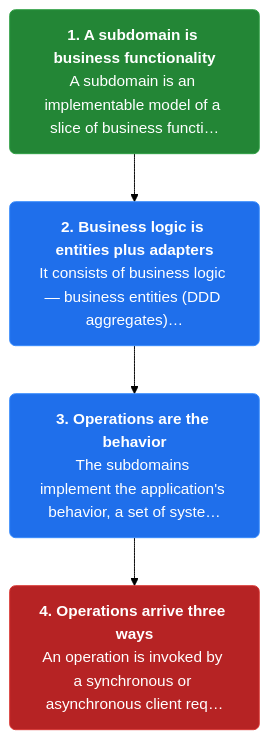
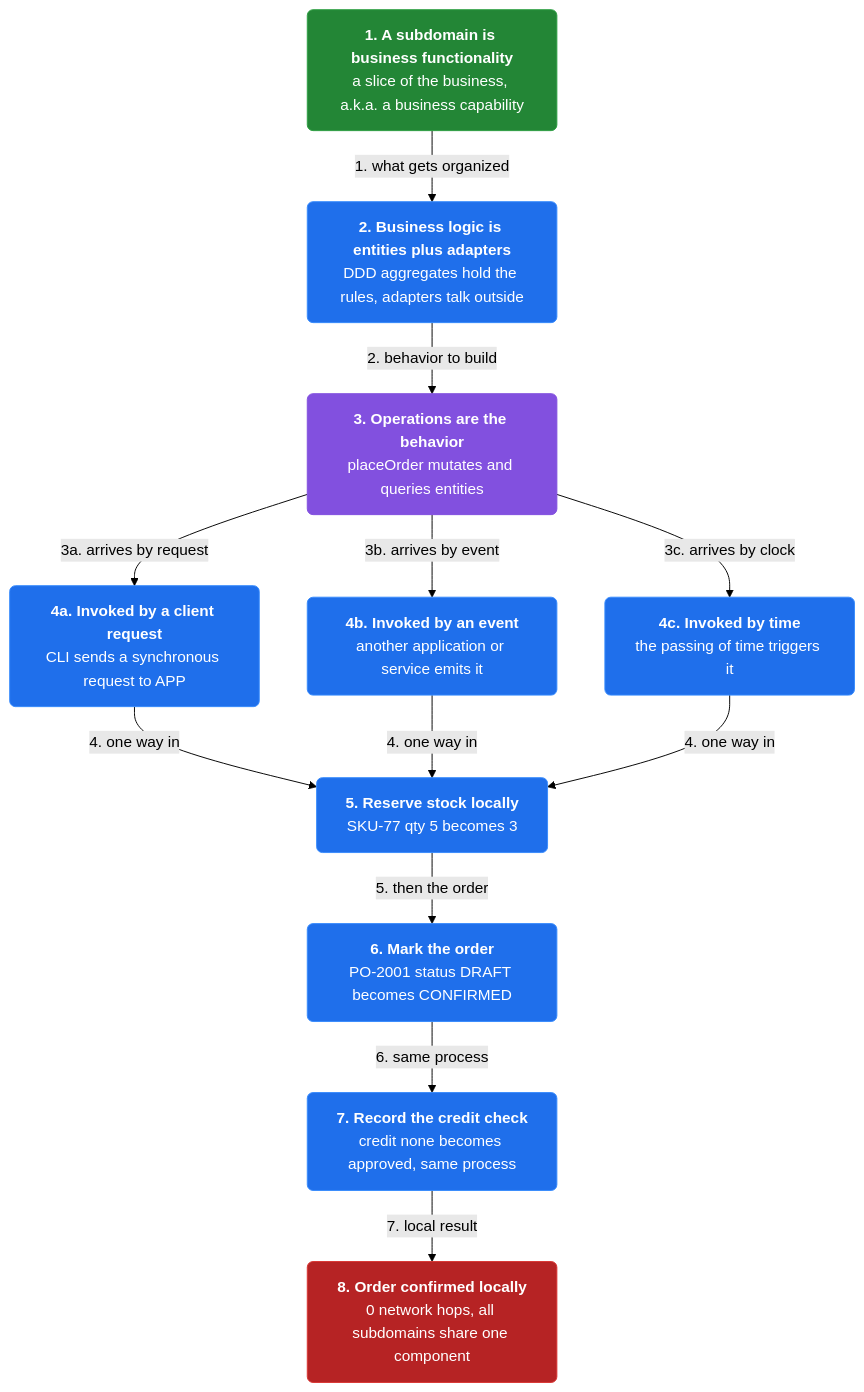
One commit to vinayakuber/microservices-io-study-guide changed the first of 4 diagrams in docs/ch01-monolithic-architecture.md. Above: the diagram before and after it, drawn with Mermaid (forest theme). The commit also changed other lines of this file and 46 other files, not shown here.

First line of the commit message:
Author rich branching flow diagrams for all 44 chapters

````diff
--- a/docs/ch01-monolithic-architecture.md
+++ b/docs/ch01-monolithic-architecture.md
@@ -13,13 +13,29 @@
 ```mermaid
 flowchart TD
-  classDef step fill:#1f6feb,color:#ffffff,stroke:#388bfd,stroke-width:1px,rx:6
+  classDef step fill:#1f6feb,color:#ffffff,stroke:#388bfd,rx:6
+  classDef core fill:#8250df,color:#ffffff,stroke:#8250df,rx:6
+  classDef warn fill:#d29922,color:#ffffff,stroke:#d29922,rx:6
   classDef start fill:#238636,color:#ffffff,stroke:#2ea043,rx:6
   classDef stop fill:#b62324,color:#ffffff,stroke:#da3633,rx:6
-  s0n0["<b>1. A subdomain is business functionality</b><br/>A subdomain is an implementable model of a slice of business functi…"]:::start
-  s0n1["<b>2. Business logic is entities plus adapters</b><br/>It consists of business logic — business entities (DDD aggregates)…"]:::step
-  s0n2["<b>3. Operations are the behavior</b><br/>The subdomains implement the application's behavior, a set of syste…"]:::step
-  s0n3["<b>4. Operations arrive three ways</b><br/>An operation is invoked by a synchronous or asynchronous client req…"]:::stop
-  s0n0 --> s0n1
-  s0n1 --> s0n2
-  s0n2 --> s0n3
+  n0["<b>1. A subdomain is business functionality</b><br/>a slice of the business, a.k.a. a business capability"]:::start
+  n1["<b>2. Business logic is entities plus adapters</b><br/>DDD aggregates hold the rules, adapters talk outside"]:::step
+  n2["<b>3. Operations are the behavior</b><br/>placeOrder mutates and queries entities"]:::core
+  n3["<b>4a. Invoked by a client request</b><br/>CLI sends a synchronous request to APP"]:::step
+  n4["<b>4b. Invoked by an event</b><br/>another application or service emits it"]:::step
+  n5["<b>4c. Invoked by time</b><br/>the passing of time triggers it"]:::step
+  n6["<b>5. Reserve stock locally</b><br/>SKU-77 qty 5 becomes 3"]:::step
+  n7["<b>6. Mark the order</b><br/>PO-2001 status DRAFT becomes CONFIRMED"]:::step
+  n8["<b>7. Record the credit check</b><br/>credit none becomes approved, same process"]:::step
+  n9["<b>8. Order confirmed locally</b><br/>0 network hops, all subdomains share one component"]:::stop
+  n0 -->|"1. what gets organized"| n1
+  n1 -->|"2. behavior to build"| n2
+  n2 -->|"3a. arrives by request"| n3
+  n2 -->|"3b. arrives by event"| n4
+  n2 -->|"3c. arrives by clock"| n5
+  n3 -->|"4. one way in"| n6
+  n4 -->|"4. one way in"| n6
+  n5 -->|"4. one way in"| n6
+  n6 -->|"5. then the order"| n7
+  n7 -->|"6. same process"| n8
+  n8 -->|"7. local result"| n9
 ```
````
